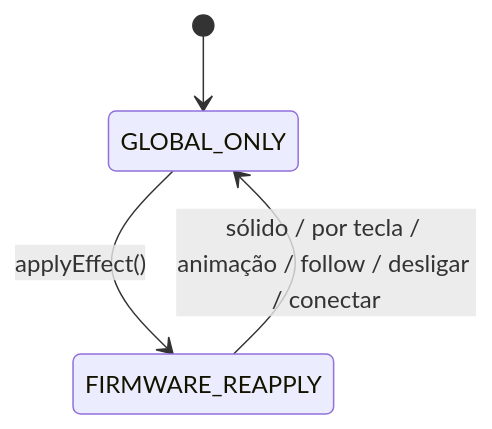
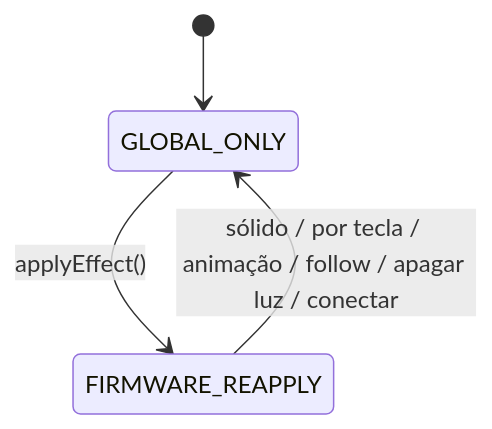
The fourth of 7 diagrams in docs/FLOWS.pt-BR.md (jillesmc/avell-storm-rgb-control), drawn with Mermaid before and after one commit. The commit also changed other lines of this file and 18 other files, not shown here.

````diff
--- a/docs/FLOWS.pt-BR.md
+++ b/docs/FLOWS.pt-BR.md
@@ -95,6 +98,6 @@
 ```mermaid
 stateDiagram-v2
     [*] --> GLOBAL_ONLY
     GLOBAL_ONLY --> FIRMWARE_REAPPLY: applyEffect()
-    FIRMWARE_REAPPLY --> GLOBAL_ONLY: sólido / por tecla / animação / follow / desligar / conectar
+    FIRMWARE_REAPPLY --> GLOBAL_ONLY: sólido / por tecla / animação / follow / apagar luz / conectar
 ```
````
